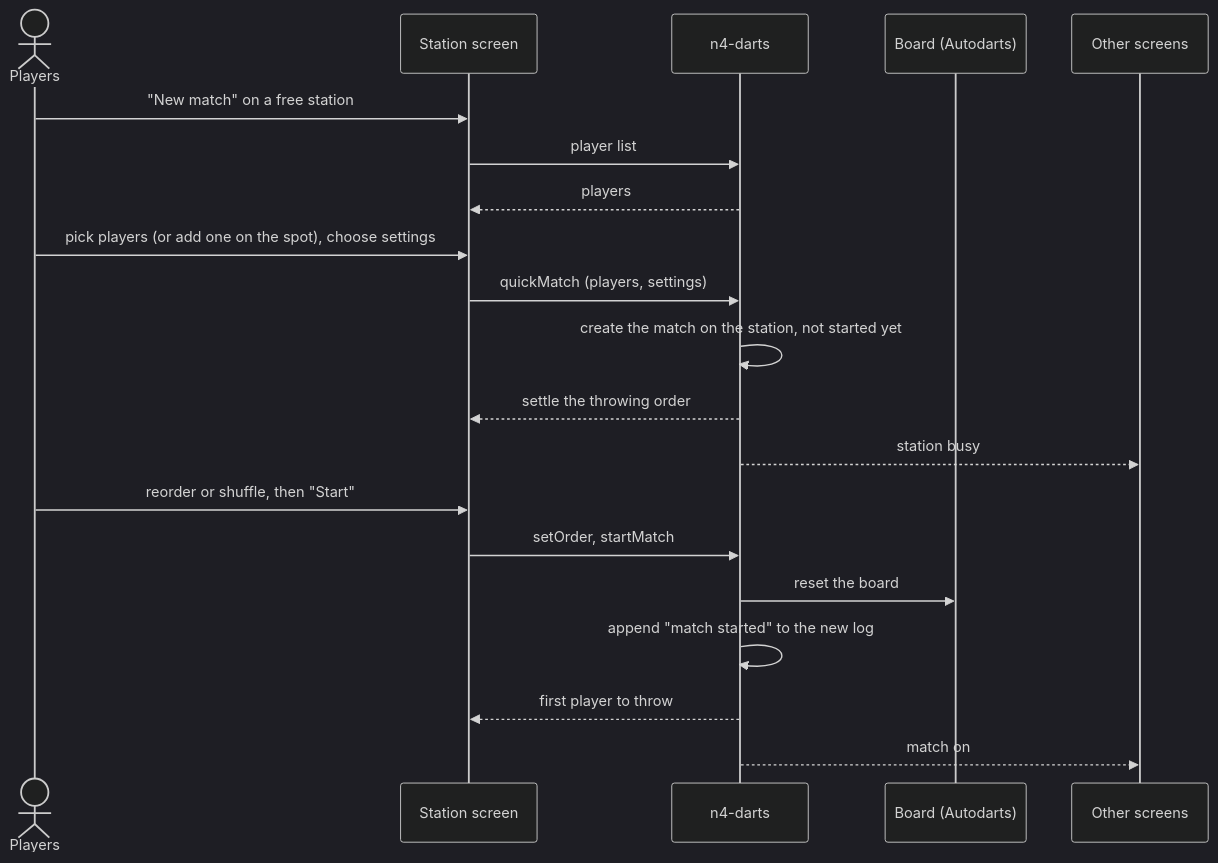
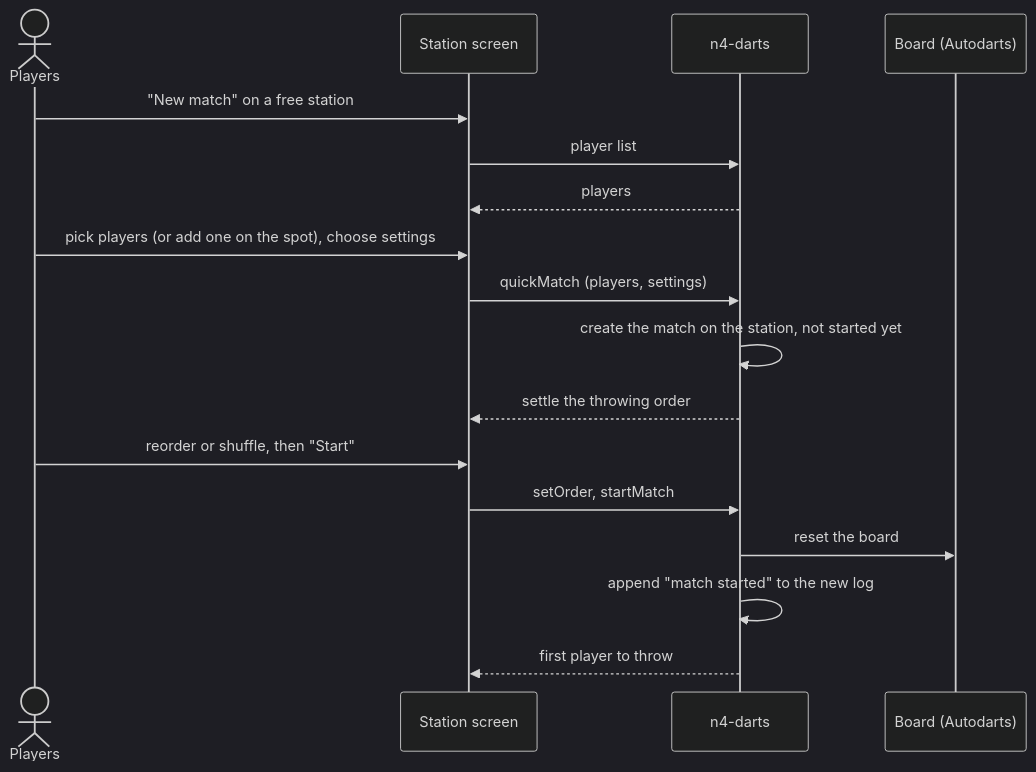
The third of 3 diagrams in docs/architecture/06-runtime-view.md (sverbach/n4-darts), drawn with Mermaid (dark theme) before and after one commit. The commit also changed other lines of this file, not shown here.

Commit message:
Runtime view: drop the other-screens participant to keep the focus

````diff
--- a/docs/architecture/06-runtime-view.md
+++ b/docs/architecture/06-runtime-view.md
@@ -58,23 +53,20 @@
 ```mermaid
 sequenceDiagram
     actor P as Players
     participant S as Station screen
     participant N as n4-darts
     participant B as Board (Autodarts)
-    participant O as Other screens
 
     P->>S: "New match" on a free station
     S->>N: player list
     N-->>S: players
     P->>S: pick players (or add one on the spot), choose settings
     S->>N: quickMatch (players, settings)
     N->>N: create the match on the station, not started yet
     N-->>S: settle the throwing order
-    N-->>O: station busy
     P->>S: reorder or shuffle, then "Start"
     S->>N: setOrder, startMatch
     N->>B: reset the board
     N->>N: append "match started" to the new log
     N-->>S: first player to throw
-    N-->>O: match on
 ```
````
